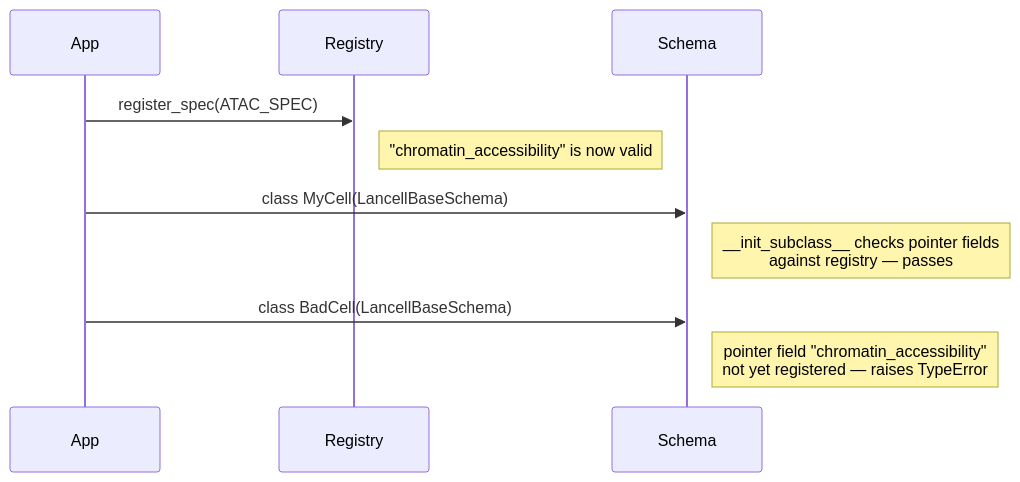
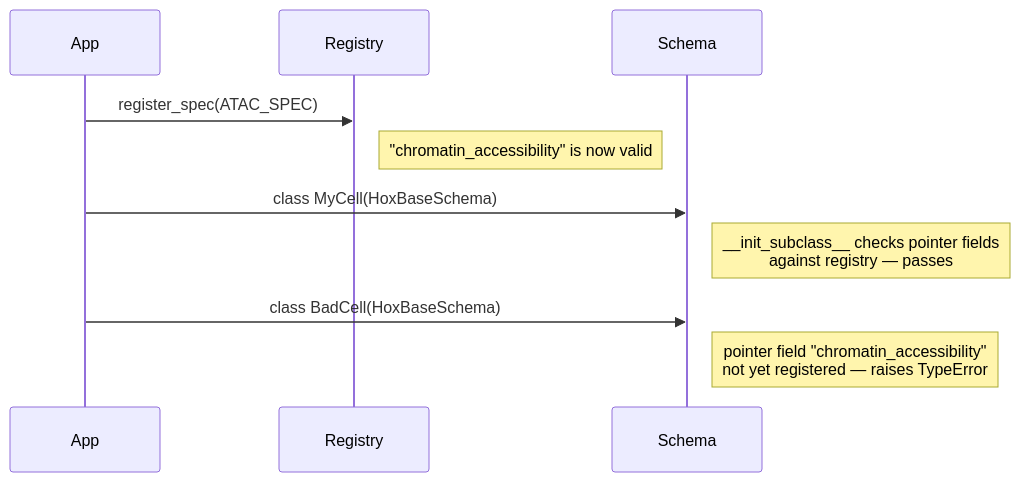
Before and after one commit to epiblastai/homeobox: the diagram in docs/group_specs.md, drawn with Mermaid. The commit also changed other lines of this file and 169 other files, not shown here.

First line of the commit message:
Rename lancell to homeobox (import homeobox as hox)

````diff
--- a/docs/group_specs.md
+++ b/docs/group_specs.md
@@ -194,13 +194,13 @@
 ```mermaid
 sequenceDiagram
     participant App
     participant Registry
     participant Schema
 
     App->>Registry: register_spec(ATAC_SPEC)
     Note right of Registry: "chromatin_accessibility" is now valid
-    App->>Schema: class MyCell(LancellBaseSchema)
+    App->>Schema: class MyCell(HoxBaseSchema)
     Note right of Schema: __init_subclass__ checks pointer fields<br/>against registry — passes
-    App->>Schema: class BadCell(LancellBaseSchema)
+    App->>Schema: class BadCell(HoxBaseSchema)
     Note right of Schema: pointer field "chromatin_accessibility"<br/>not yet registered — raises TypeError
 ```
````
